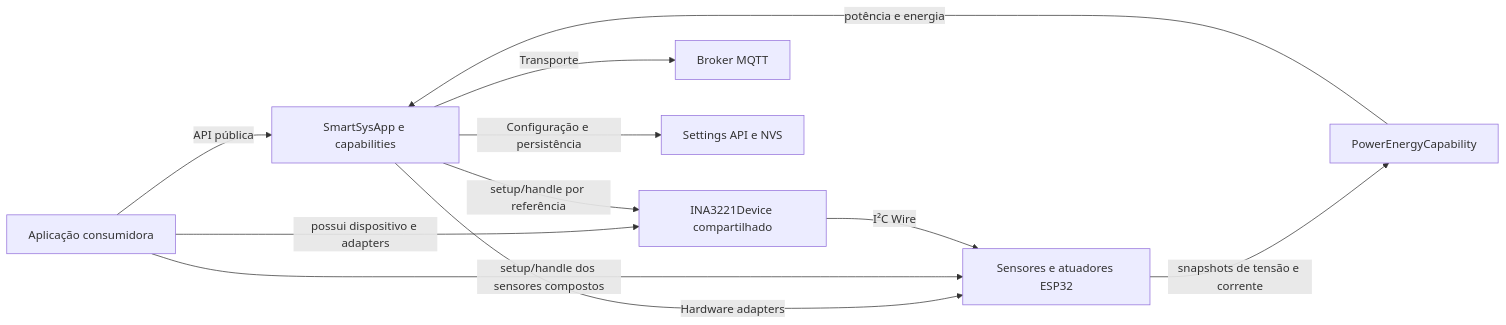
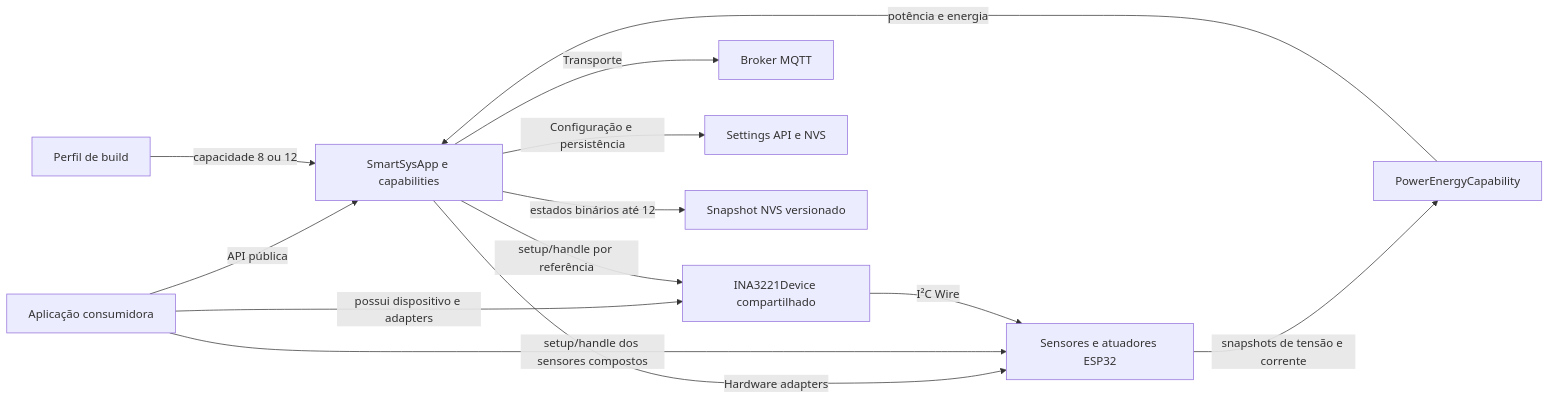
Before and after one commit to iotsmartsys/IoTSmartSysCore: the diagram in docs/rfc/KNOWLEDGE-MAP.md, drawn with Mermaid. The commit also changed other lines of this file and 3 other files, not shown here.

````diff
--- a/docs/rfc/KNOWLEDGE-MAP.md
+++ b/docs/rfc/KNOWLEDGE-MAP.md
@@ -114,13 +116,15 @@
 ```mermaid
 flowchart LR
     APP["Aplicação consumidora"] -->|"API pública"| CORE["SmartSysApp e capabilities"]
+    PROFILE["Perfil de build"] -->|"capacidade 8 ou 12"| CORE
     CORE -->|"Hardware adapters"| HW["Sensores e atuadores ESP32"]
     APP -->|"setup/handle dos sensores compostos"| HW
     APP -->|"possui dispositivo e adapters"| INA["INA3221Device compartilhado"]
     CORE -->|"setup/handle por referência"| INA
     INA -->|"I²C Wire"| HW
     HW -->|"snapshots de tensão e corrente"| POWER["PowerEnergyCapability"]
     POWER -->|"potência e energia"| CORE
     CORE -->|"Transporte"| MQTT["Broker MQTT"]
     CORE -->|"Configuração e persistência"| SETTINGS["Settings API e NVS"]
+    CORE -->|"estados binários até 12"| BCS["Snapshot NVS versionado"]
 ```
````
